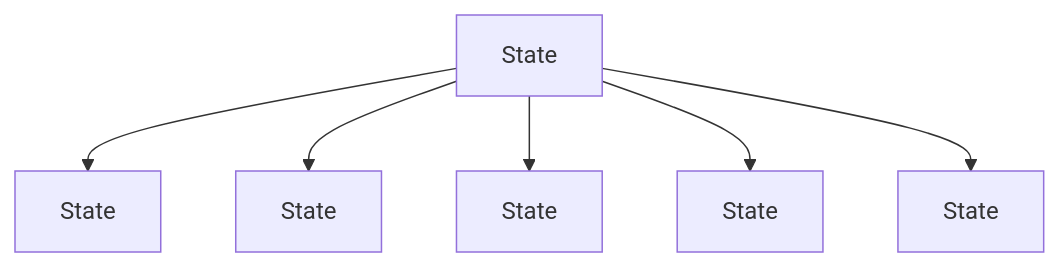
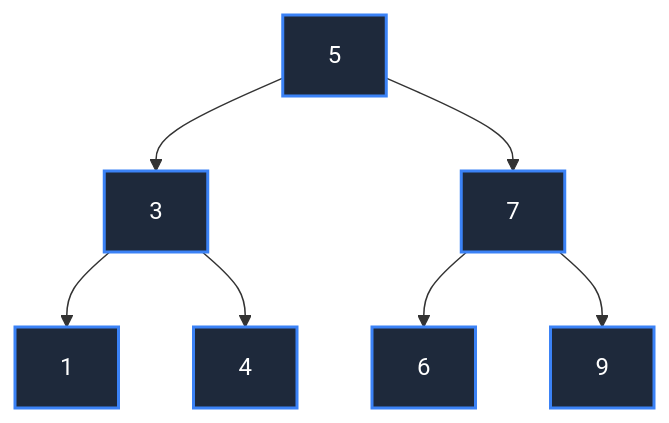
The tenth of 25 diagrams in week_07_trees_and_balanced_search_trees/Week_07_Visual_Concepts_Playbook_HYBRID.md (dip4k/DSA_102), drawn with Mermaid before and after one commit. The commit also changed other lines of this file and 332 other files, not shown here.

````diff
--- a/week_07_trees_and_balanced_search_trees/Week_07_Visual_Concepts_Playbook_HYBRID.md
+++ b/week_07_trees_and_balanced_search_trees/Week_07_Visual_Concepts_Playbook_HYBRID.md
@@ -52,9 +313,11 @@
 ```mermaid
 flowchart TD
-    R["State"]
-    R --> N1["State"]
-    R --> N2["State"]
-    R --> N3["State"]
-    R --> N4["State"]
-    R --> N5["State"]
+    N5["5"] --> N3["3"]
+    N5 --> N7["7"]
+    N3 --> N1["1"]
+    N3 --> N4["4"]
+    N7 --> N6["6"]
+    N7 --> N9["9"]
+
+    classDef default fill:#1e293b,stroke:#3b82f6,stroke-width:2px,color:#ffffff
 ```
````
